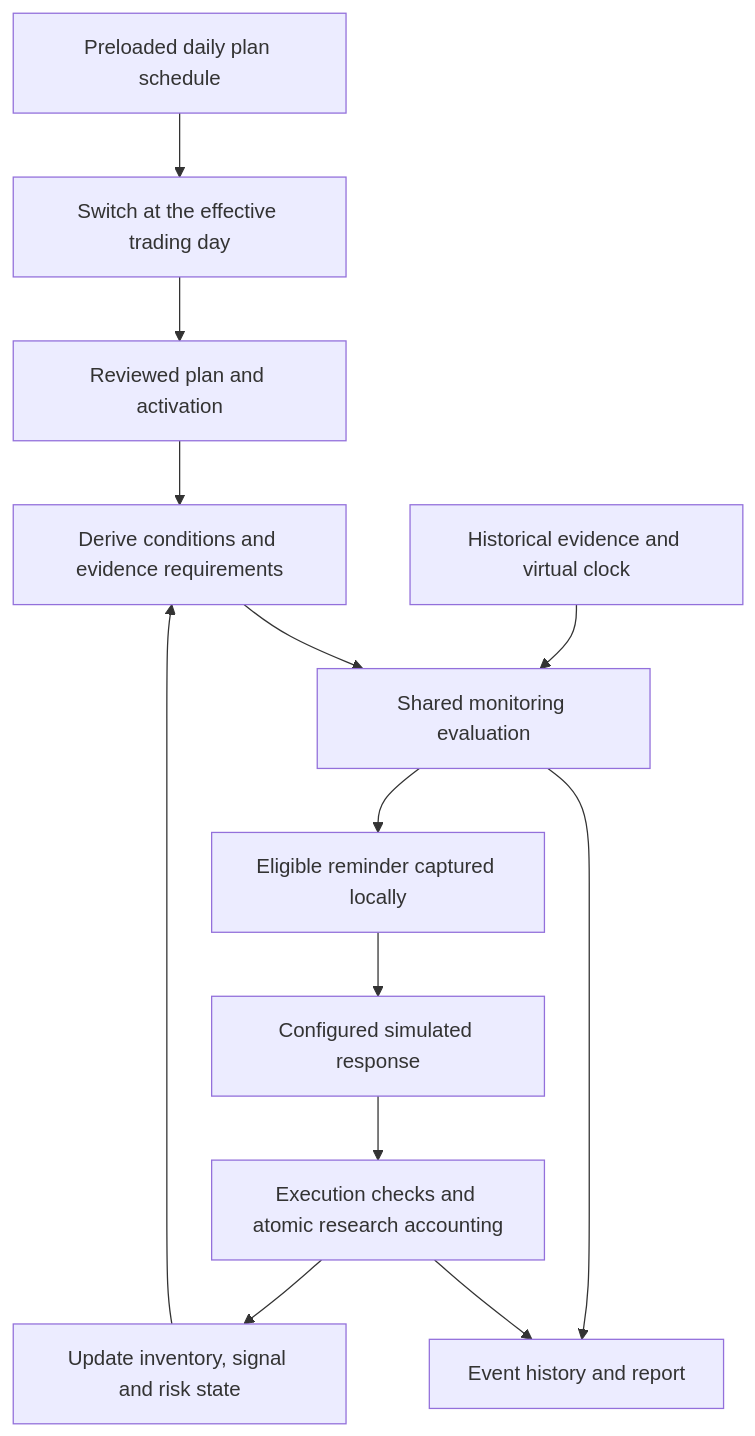
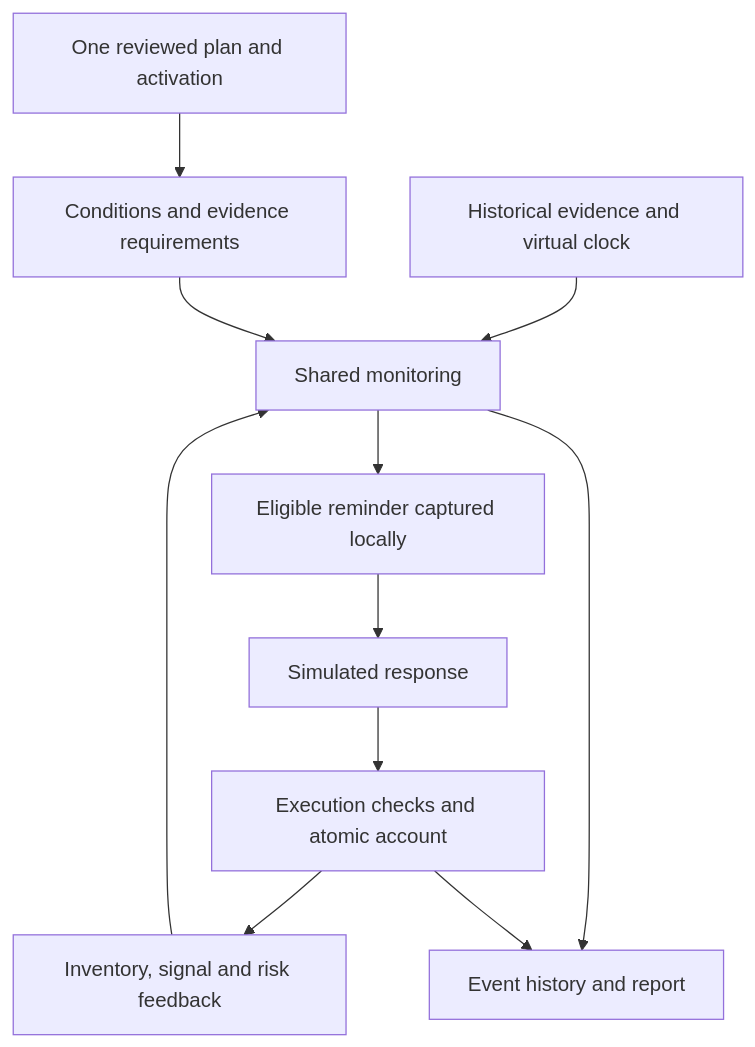
One commit to xiedc1227-bot/trade-plan-monitor changed the diagram in docs/specifications/backtesting/PROPOSAL-monitor-loop-backtest.md. Above: the diagram before and after it, drawn with Mermaid. The commit also changed other lines of this file and 23 other files, not shown here.

````diff
--- a/docs/specifications/backtesting/PROPOSAL-monitor-loop-backtest.md
+++ b/docs/specifications/backtesting/PROPOSAL-monitor-loop-backtest.md
@@ -39,15 +36,13 @@
 ```mermaid
 flowchart TD
-    P[Reviewed plan and activation] --> C[Derive conditions and evidence requirements]
-    H[Historical evidence and virtual clock] --> M[Shared monitoring evaluation]
+    P[One reviewed plan and activation] --> C[Conditions and evidence requirements]
+    H[Historical evidence and virtual clock] --> M[Shared monitoring]
     C --> M
     M --> R[Eligible reminder captured locally]
-    R --> A[Configured simulated response]
-    A --> E[Execution checks and atomic research accounting]
-    E --> U[Update inventory, signal and risk state]
-    U --> C
-    V[Preloaded daily plan schedule] --> T[Switch at the effective trading day]
-    T --> P
+    R --> A[Simulated response]
+    A --> E[Execution checks and atomic account]
+    E --> U[Inventory, signal and risk feedback]
+    U --> M
     M --> J[Event history and report]
     E --> J
 ```
````
